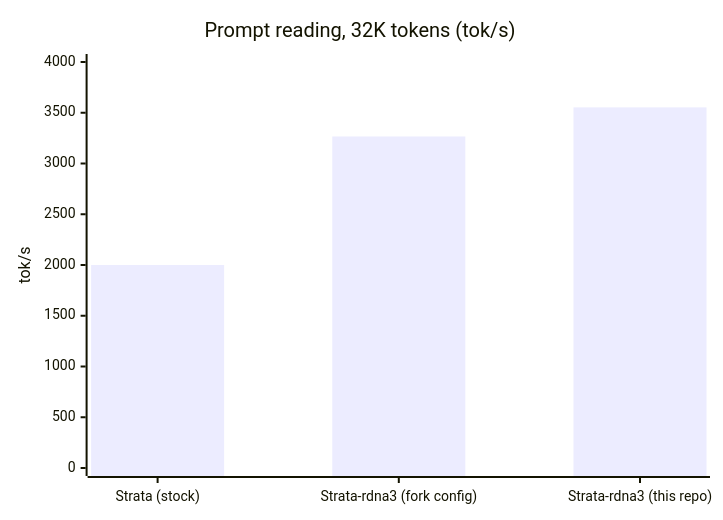
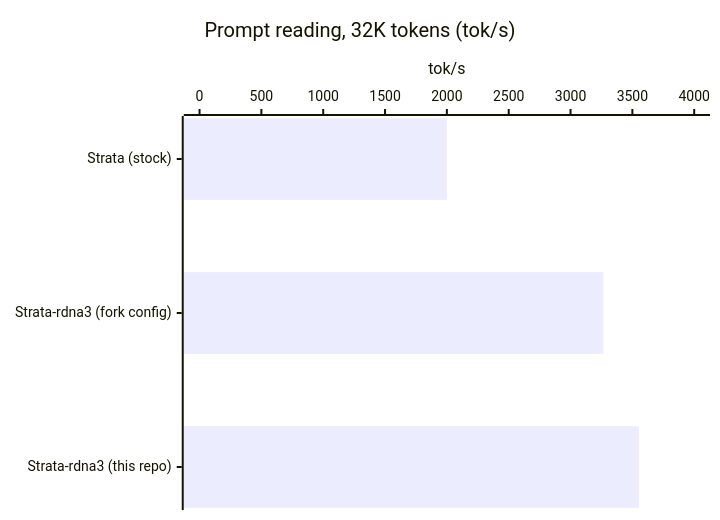
The second of 3 diagrams in README.md (toreanjoel/rdna3-moe-tuning), drawn with Mermaid before and after one commit. The commit also changed other lines of this file, not shown here.

Commit message:
README charts: horizontal bars for long labels, perf-mode bar added; step-time note matches CPU-expert findings

````diff
--- a/README.md
+++ b/README.md
@@ -57,7 +57,7 @@
 ```mermaid
-xychart-beta
+xychart-beta horizontal
     title "Prompt reading, 32K tokens (tok/s)"
     x-axis ["Strata (stock)", "Strata-rdna3 (fork config)", "Strata-rdna3 (this repo)"]
     y-axis "tok/s" 0 --> 4000
     bar [2000, 3266, 3553]
 ```
````
